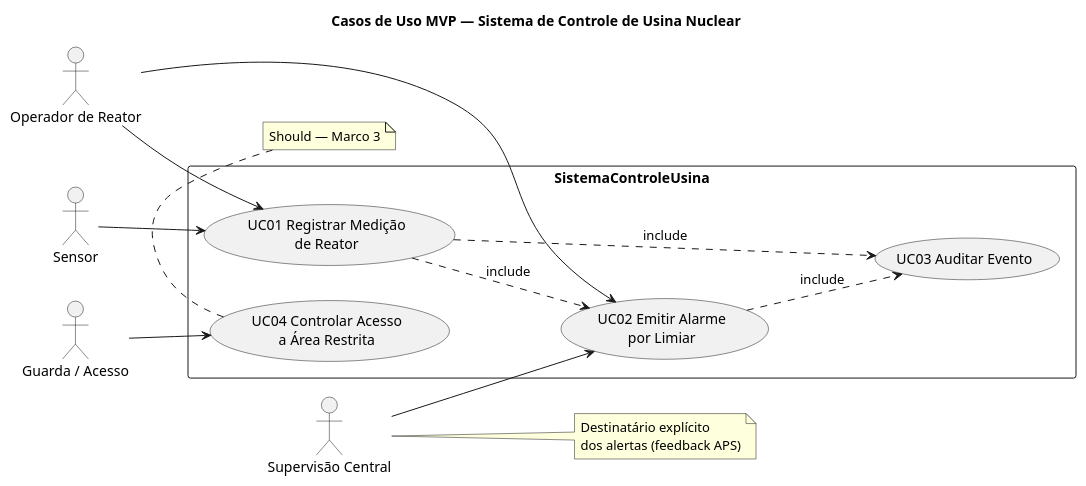
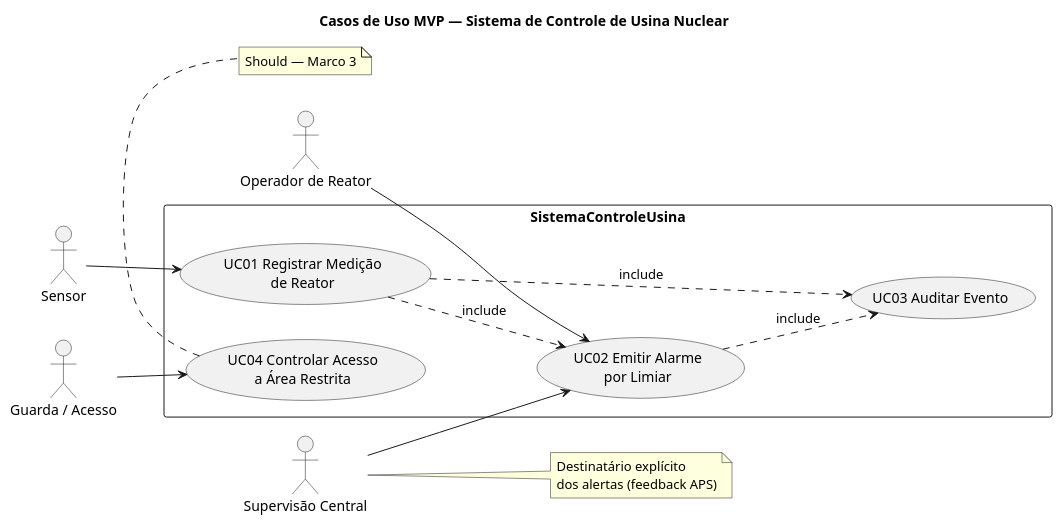
One commit to rlampago22/RP-IV changed the diagram in docs/marco1/diagramas/casos-de-uso-mvp.puml. Above: the diagram before and after it, drawn with PlantUML. The commit also changed 3 other files, not shown here.

```diff
--- a/docs/marco1/diagramas/casos-de-uso-mvp.puml
+++ b/docs/marco1/diagramas/casos-de-uso-mvp.puml
@@ -1,38 +1,37 @@
 @startuml casos-de-uso-mvp
 title Casos de Uso MVP — Sistema de Controle de Usina Nuclear
 left to right direction
 skinparam shadowing false
 skinparam packageStyle rectangle
 
 actor "Operador de Reator" as Op
 actor "Supervisão Central" as Sup
 actor "Sensor" as Sen
 actor "Guarda / Acesso" as Guarda
 
 rectangle "SistemaControleUsina" {
   usecase "UC01 Registrar Medição\nde Reator" as UC01
   usecase "UC02 Emitir Alarme\npor Limiar" as UC02
   usecase "UC03 Auditar Evento" as UC03
   usecase "UC04 Controlar Acesso\na Área Restrita" as UC04
 }
 
 Sen --> UC01
-Op --> UC01
 Op --> UC02
 Sup --> UC02
 Guarda --> UC04
 
 UC01 ..> UC02 : «include»
 UC01 ..> UC03 : «include»
 UC02 ..> UC03 : «include»
 
 note right of Sup
   Destinatário explícito
   dos alertas (feedback APS)
 end note
 
 note bottom of UC04
   Should — Marco 3
 end note
 
 @enduml
```
